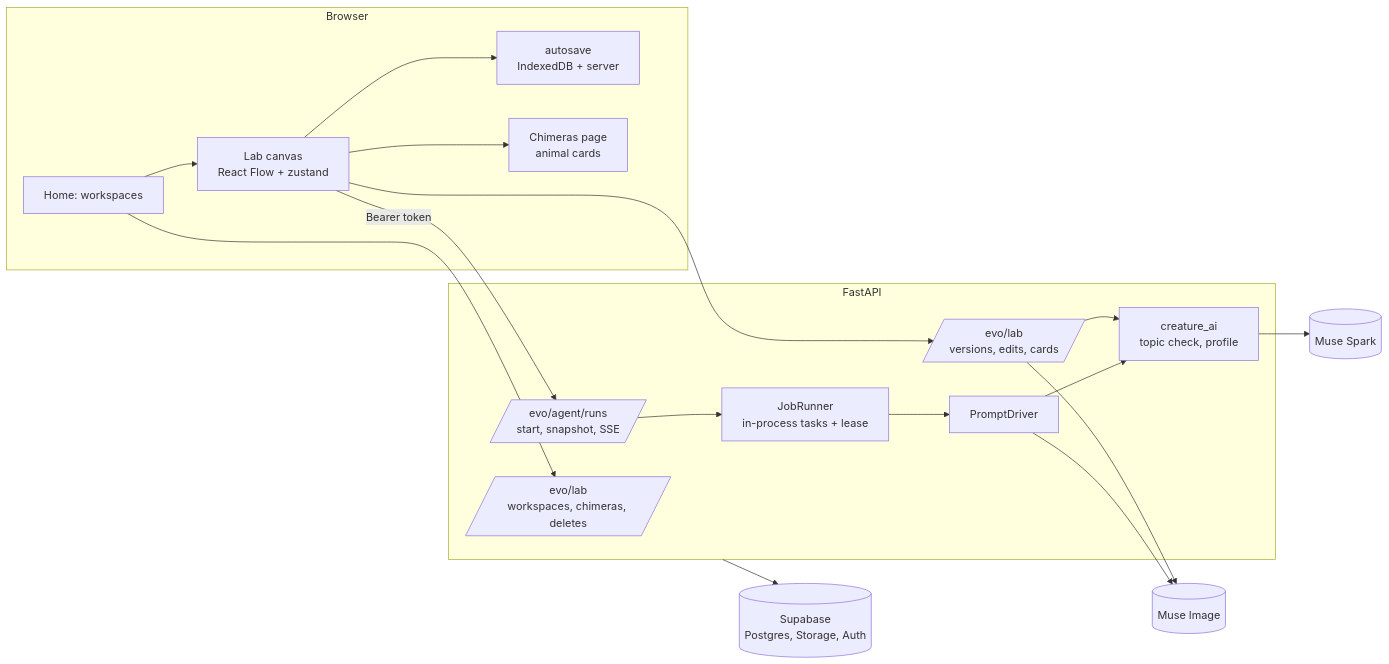
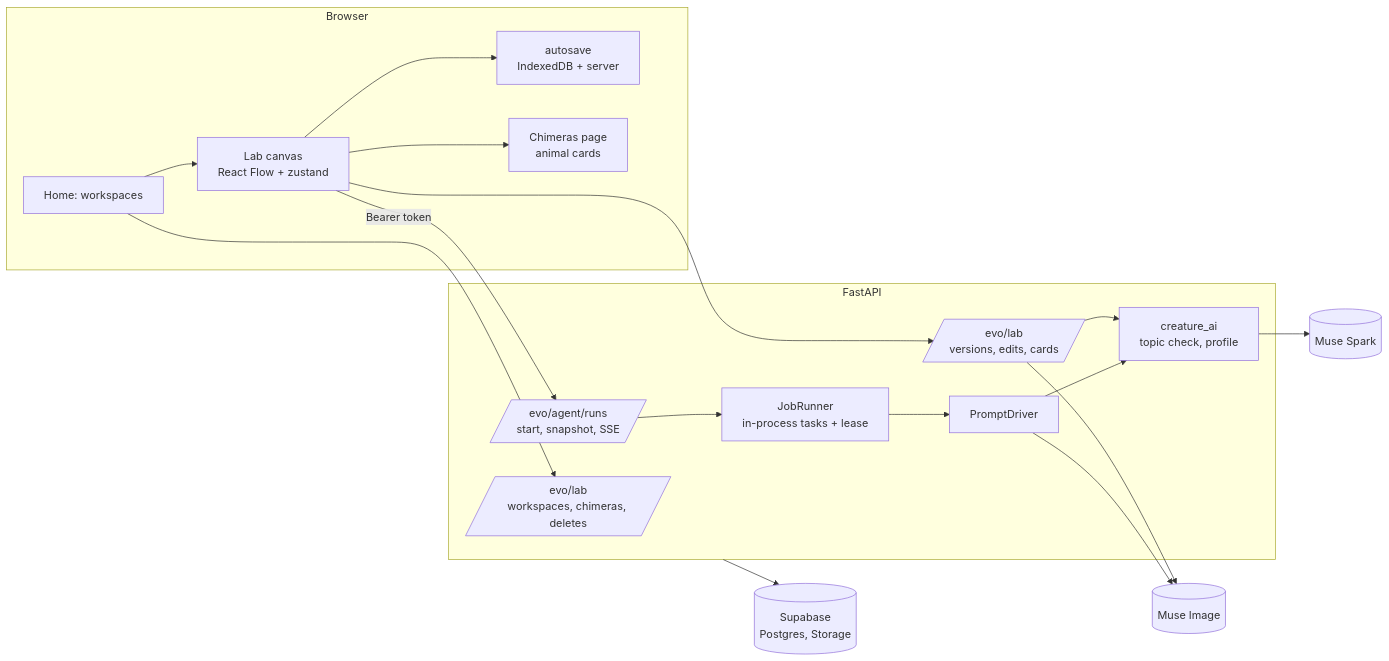
Before and after one commit to shashi0d/chimera-lab: the diagram in docs/ARCHITECTURE.md, drawn with Mermaid. The commit also changed other lines of this file and 26 other files, not shown here.

````diff
--- a/docs/ARCHITECTURE.md
+++ b/docs/ARCHITECTURE.md
@@ -7,23 +8,23 @@
 ```mermaid
 flowchart LR
   subgraph Browser
     Home[Home: workspaces] --> Lab[Lab canvas\nReact Flow + zustand]
     Lab --> Auto[autosave\nIndexedDB + server]
     Lab --> Cards[Chimeras page\nanimal cards]
   end
   subgraph Backend [FastAPI]
     Runs[/evo/agent/runs\nstart, snapshot, SSE/] --> Job[JobRunner\nin-process tasks + lease]
     Job --> Prompt[PromptDriver]
     LabAPI[/evo/lab\nversions, edits, cards/]
     Lib[/evo/lab\nworkspaces, chimeras, deletes/]
     Prompt --> AI[creature_ai\ntopic check, profile]
     LabAPI --> AI
   end
   Lab -->|Bearer token| Runs
   Lab --> LabAPI
   Home --> Lib
   Prompt --> MI[(Muse Image)]
   LabAPI --> MI
   AI --> MS[(Muse Spark)]
-  Backend --> SB[(Supabase\nPostgres, Storage, Auth)]
+  Backend --> SB[(Supabase\nPostgres, Storage)]
 ```
````
